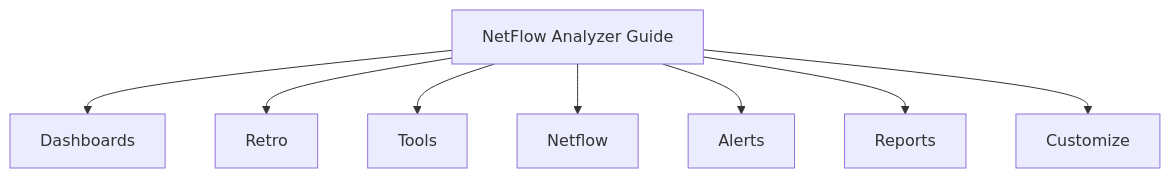
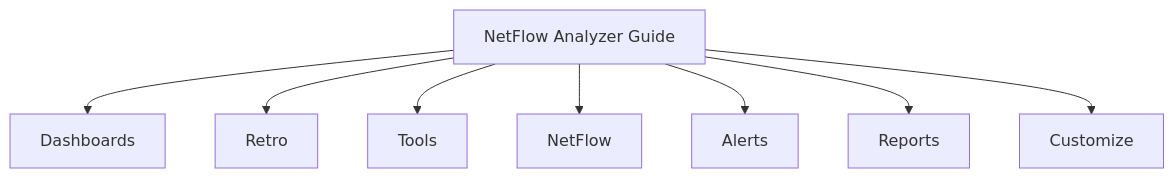
One commit to trisulnsm/dinodoc changed the diagram in trisuldocs/docs/prodguide/nf/index.md. Above: the diagram before and after it, drawn with Mermaid. The commit also changed 4 other files, not shown here.

First line of the commit message:
Capitalize NetFlow in prodguide nf docs

````diff
--- a/trisuldocs/docs/prodguide/nf/index.md
+++ b/trisuldocs/docs/prodguide/nf/index.md
@@ -36,11 +36,11 @@
 ```mermaid
 graph TD
     A[NetFlow Analyzer Guide] --> B[Dashboards]
     A --> C[Retro]
     A --> D[Tools]
-    A --> E[Netflow]
+    A --> E[NetFlow]
     A --> F[Alerts]
     A --> G[Reports]
     A --> H[Customize]
 
 ```
````
